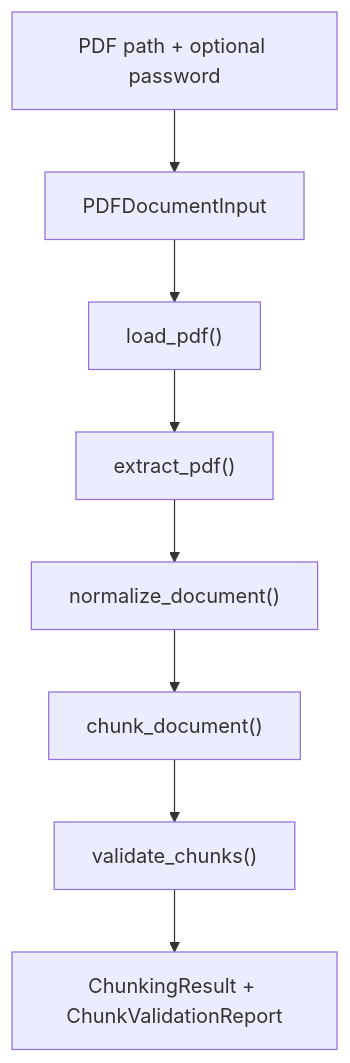
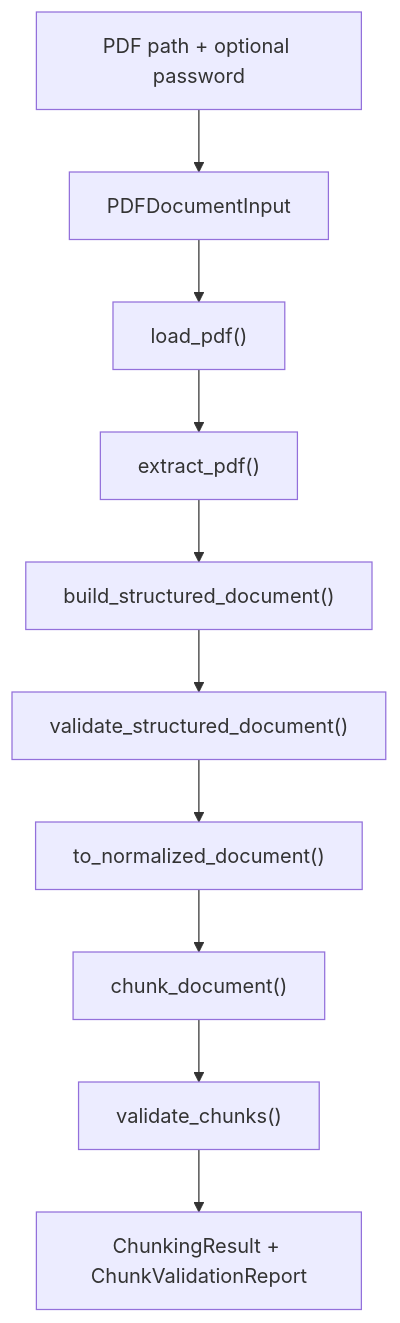
One commit to E-techgod/document-chunker changed the second of 2 diagrams in README.md. Above: the diagram before and after it, drawn with Mermaid. The commit also changed other lines of this file, not shown here.

````diff
--- a/README.md
+++ b/README.md
@@ -96,19 +105,23 @@
 ```mermaid
 flowchart TD
   input["PDF path + optional password"]
   validate["PDFDocumentInput"]
   load["load_pdf()"]
   extract["extract_pdf()"]
-  normalize["normalize_document()"]
+  structured["build_structured_document()"]
+  step2["validate_structured_document()"]
+  bridge["to_normalized_document()"]
   chunk["chunk_document()"]
   verify["validate_chunks()"]
   output["ChunkingResult + ChunkValidationReport"]
 
   input --> validate
   validate --> load
   load --> extract
-  extract --> normalize
-  normalize --> chunk
+  extract --> structured
+  structured --> step2
+  step2 --> bridge
+  bridge --> chunk
   chunk --> verify
   verify --> output
 ```
````
